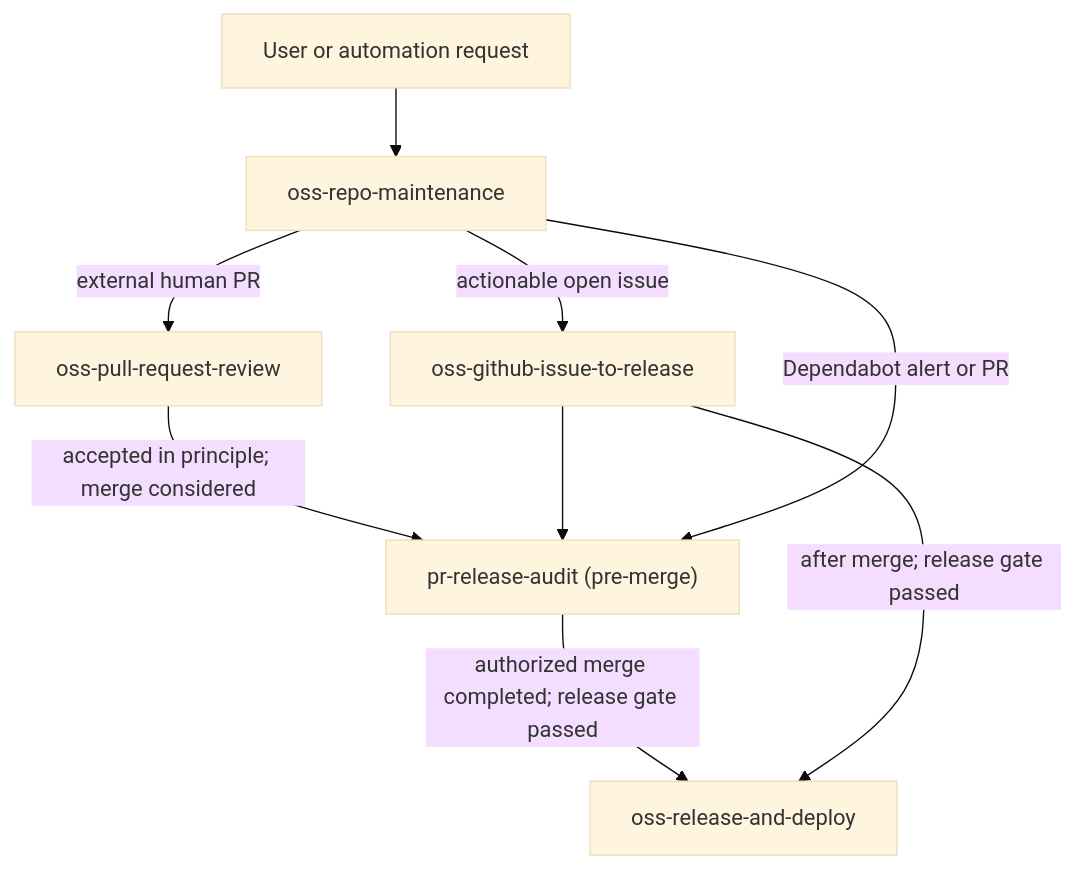
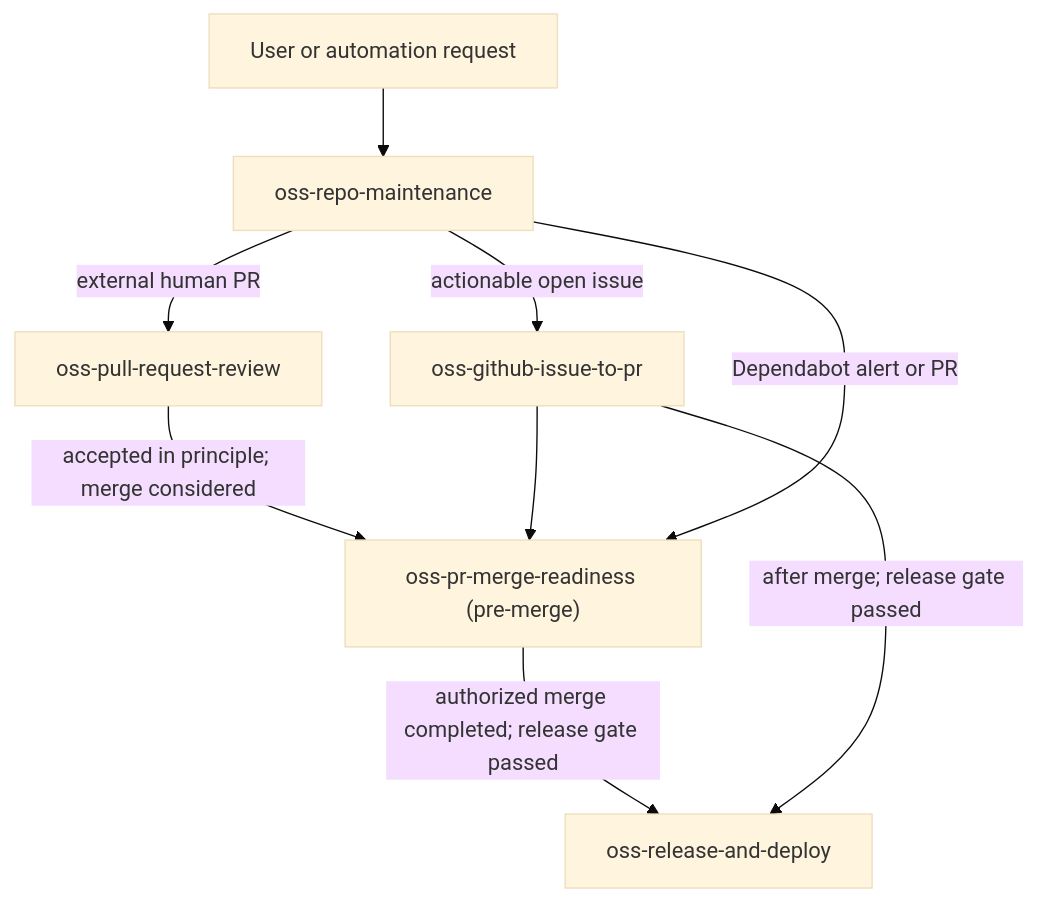
Before and after one commit to paladini/agent-skills: the diagram in README.md, drawn with Mermaid (base theme). The commit also changed other lines of this file and 12 other files, not shown here.

````diff
--- a/README.md
+++ b/README.md
@@ -30,11 +32,11 @@
 ```mermaid
 flowchart TD
     request["User or automation request"] --> orchestrator["oss-repo-maintenance"]
     orchestrator -->|"external human PR"| review["oss-pull-request-review"]
-    review -->|"accepted in principle; merge considered"| audit["pr-release-audit (pre-merge)"]
+    review -->|"accepted in principle; merge considered"| audit["oss-pr-merge-readiness (pre-merge)"]
     audit -->|"authorized merge completed; release gate passed"| delivery["oss-release-and-deploy"]
-    orchestrator -->|"actionable open issue"| issue["oss-github-issue-to-release"]
+    orchestrator -->|"actionable open issue"| issue["oss-github-issue-to-pr"]
     issue --> audit
     issue -->|"after merge; release gate passed"| delivery
     orchestrator -->|"Dependabot alert or PR"| audit
 ```
````
